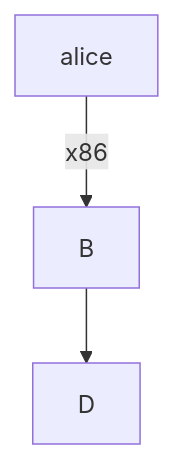
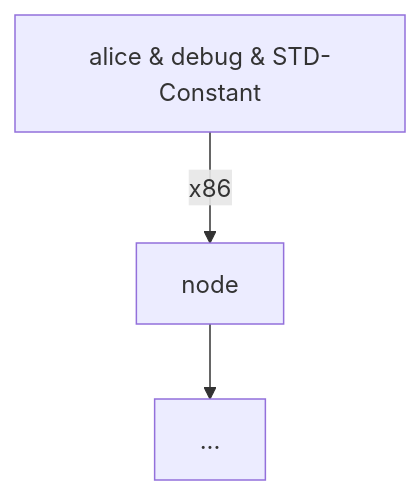
Before and after one commit to ArinaMgk/unisym: the diagram in doc/DEPEND.md, drawn with Mermaid. The commit also changed 39 other files, not shown here.

````diff
--- a/doc/DEPEND.md
+++ b/doc/DEPEND.md
@@ -5,5 +5,5 @@
 ```mermaid
 graph TB
 	%% CPL
-	root[alice]--"x86"-->A[B]-->C[D];
+	root[alice & debug & STD-Constant]--"x86"-->node[node]-->C[...];
 ```
````
